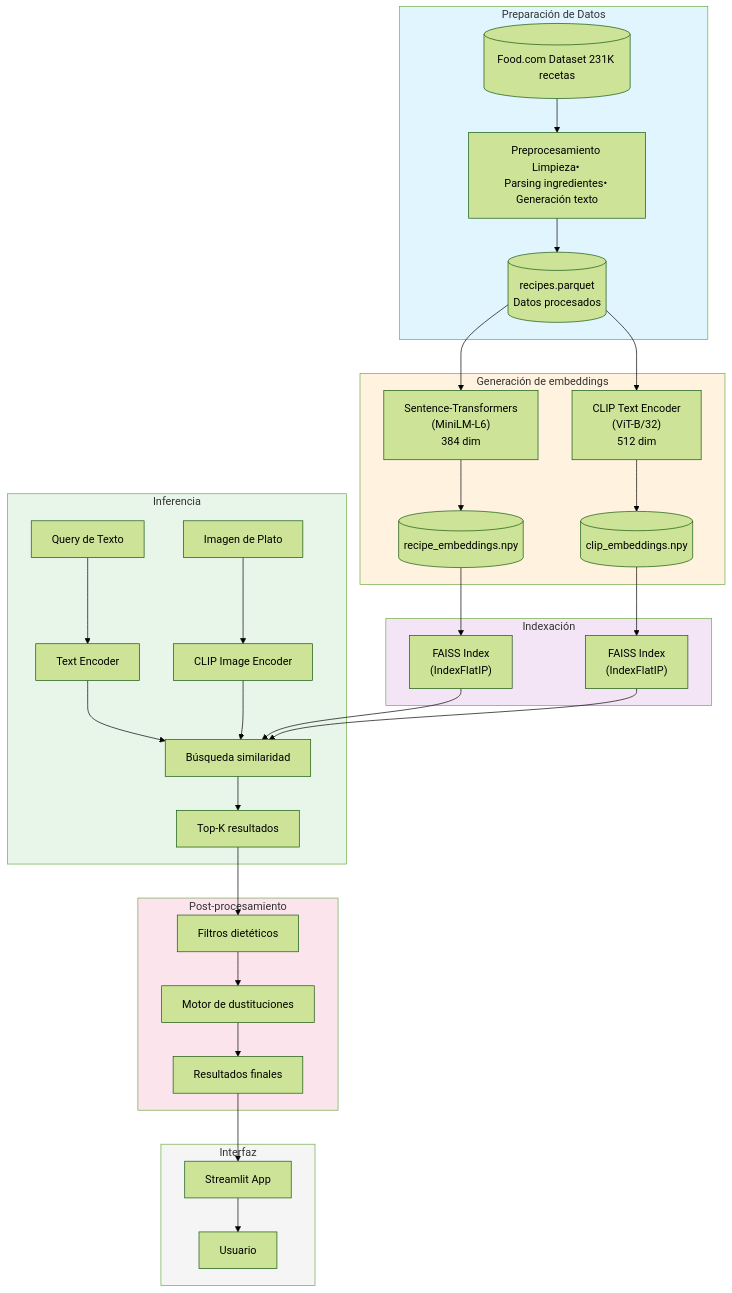
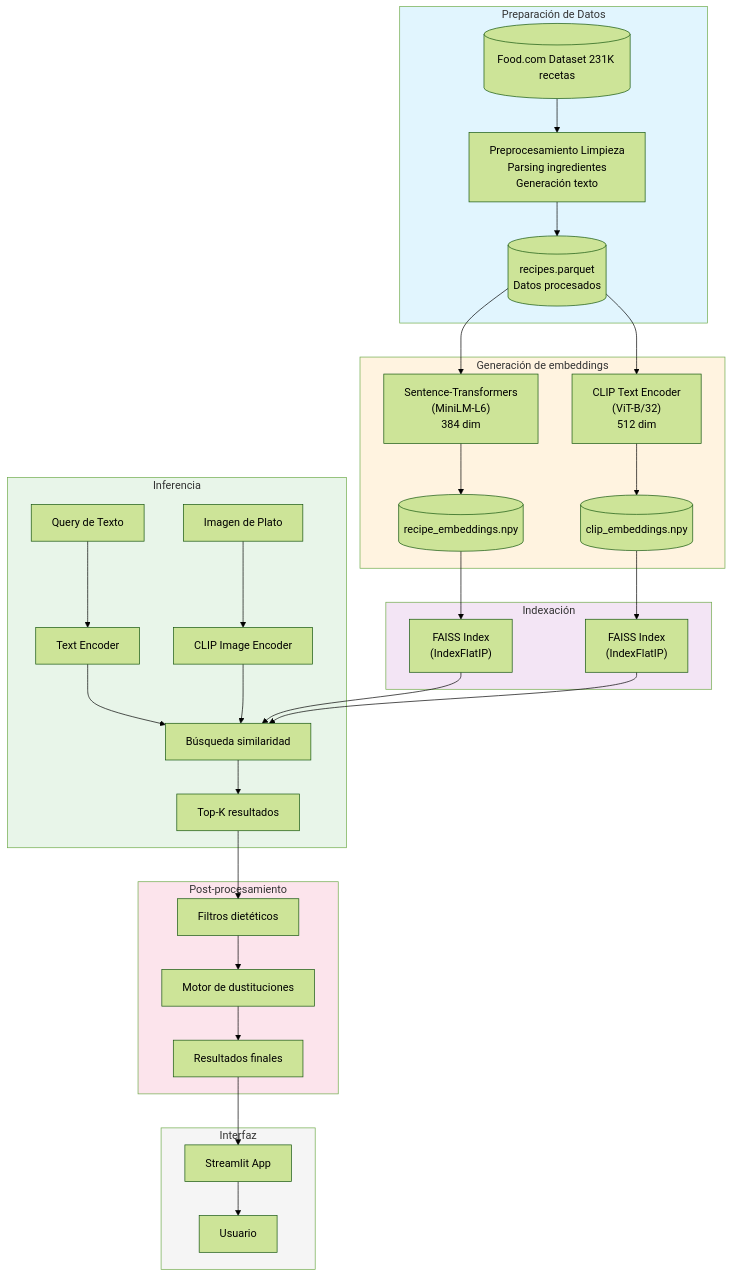
Before and after one commit to martinbrocca/CEIA-VIT: the first of 2 diagrams in README.md, drawn with Mermaid (forest theme).

Commit message:
Arreglos al ReadMe

````diff
--- a/README.md
+++ b/README.md
@@ -15,47 +15,47 @@
 ```mermaid
 flowchart TB
     subgraph DATOS[" Preparación de Datos"]
-        A[("Food.com Dataset 231K recetas")] --> B["Preprocesamiento Limpieza• \nParsing ingredientes• \nGeneración texto"]
+        A[("Food.com Dataset 231K recetas")] --> B["Preprocesamiento Limpieza \nParsing ingredientes \nGeneración texto"]
         B --> C[("recipes.parquet\nDatos procesados")]
     end
 
     subgraph EMBEDDINGS[" Generación de embeddings"]
         C --> D["Sentence-Transformers\n(MiniLM-L6)\n384 dim"]
         C --> E["CLIP Text Encoder\n(ViT-B/32)\n512 dim"]
         D --> F[("recipe_embeddings.npy")]
         E --> G[("clip_embeddings.npy")]
     end
 
     subgraph INDEX[" Indexación"]
         F --> H["FAISS Index\n(IndexFlatIP)"]
         G --> I["FAISS Index\n(IndexFlatIP)"]
     end
 
     subgraph INFERENCE[" Inferencia"]
         J["Query de Texto"] --> K["Text Encoder"]
         L["Imagen de Plato"] --> M["CLIP Image Encoder"]
         K --> N["Búsqueda similaridad"]
         M --> N
         H --> N
         I --> N
         N --> O["Top-K resultados"]
     end
 
     subgraph POSTPROCESS[" Post-procesamiento"]
         O --> P["Filtros dietéticos"]
         P --> Q["Motor de dustituciones"]
         Q --> R["Resultados finales"]
     end
 
     subgraph UI[" Interfaz"]
         R --> S["Streamlit App"]
         S --> T["Usuario"]
     end
 
     style DATOS fill:#e1f5fe
     style EMBEDDINGS fill:#fff3e0
     style INDEX fill:#f3e5f5
     style INFERENCE fill:#e8f5e9
     style POSTPROCESS fill:#fce4ec
     style UI fill:#f5f5f5
 ```
````
